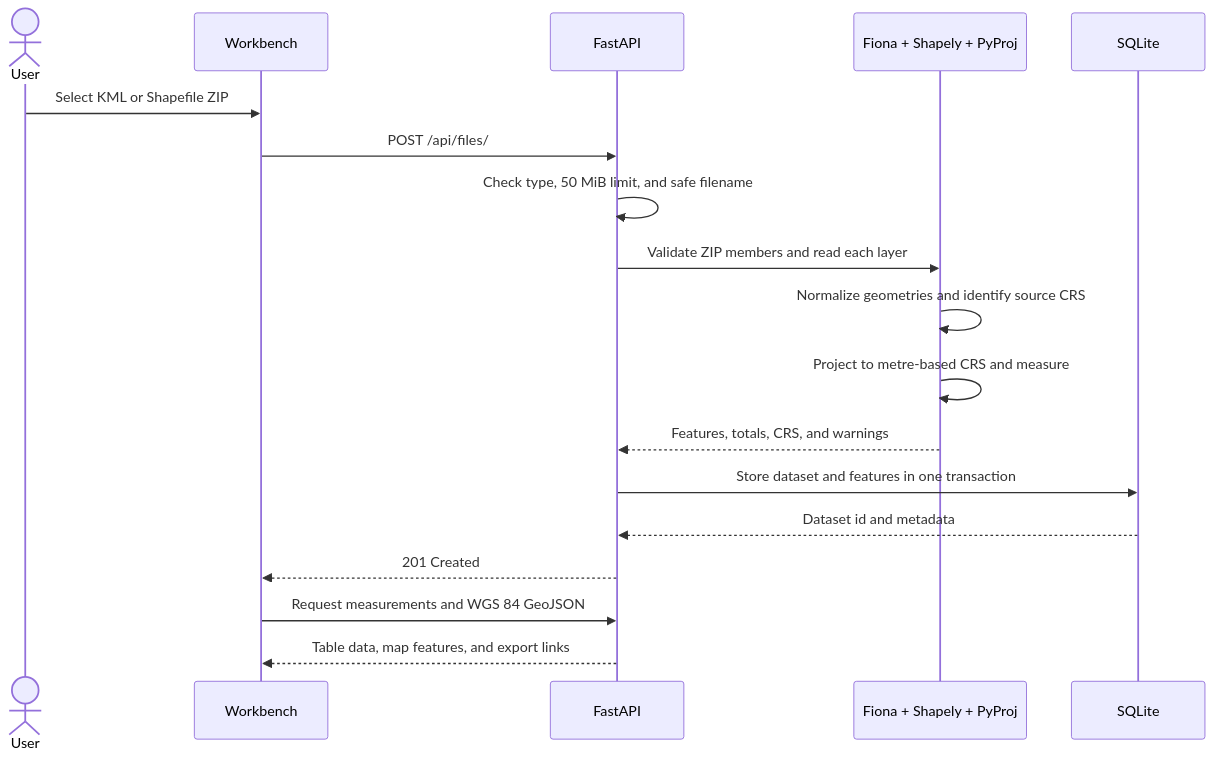
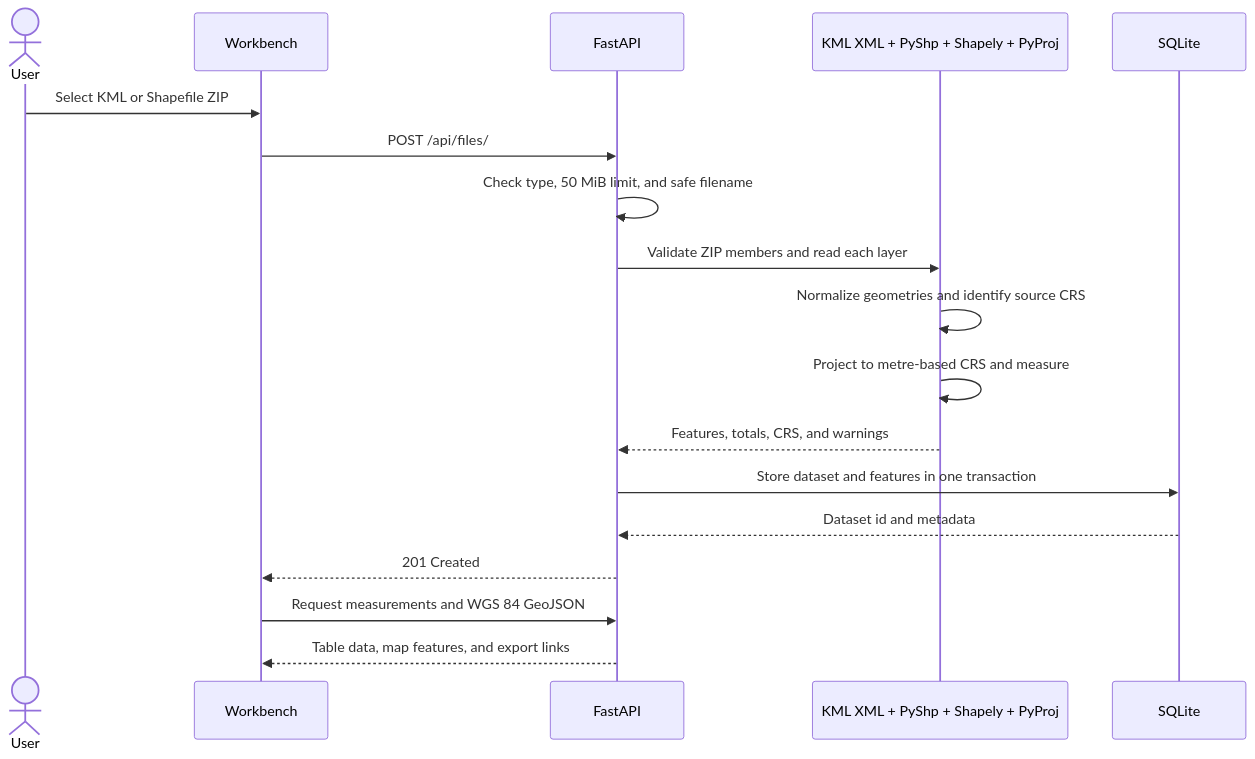
The second of 4 diagrams in README.md (vicky01v/terrametric), drawn with Mermaid before and after one commit. The commit also changed other lines of this file and 2 other files, not shown here.

Commit message:
Use portable KML and Shapefile readers without GDAL

````diff
--- a/README.md
+++ b/README.md
@@ -128,20 +128,20 @@
 ```mermaid
 sequenceDiagram
     actor User
     participant UI as Workbench
     participant API as FastAPI
-    participant Processor as Fiona + Shapely + PyProj
+    participant Processor as KML XML + PyShp + Shapely + PyProj
     participant DB as SQLite
     User->>UI: Select KML or Shapefile ZIP
     UI->>API: POST /api/files/
     API->>API: Check type, 50 MiB limit, and safe filename
     API->>Processor: Validate ZIP members and read each layer
     Processor->>Processor: Normalize geometries and identify source CRS
     Processor->>Processor: Project to metre-based CRS and measure
     Processor-->>API: Features, totals, CRS, and warnings
     API->>DB: Store dataset and features in one transaction
     DB-->>API: Dataset id and metadata
     API-->>UI: 201 Created
     UI->>API: Request measurements and WGS 84 GeoJSON
     API-->>UI: Table data, map features, and export links
 ```
````
